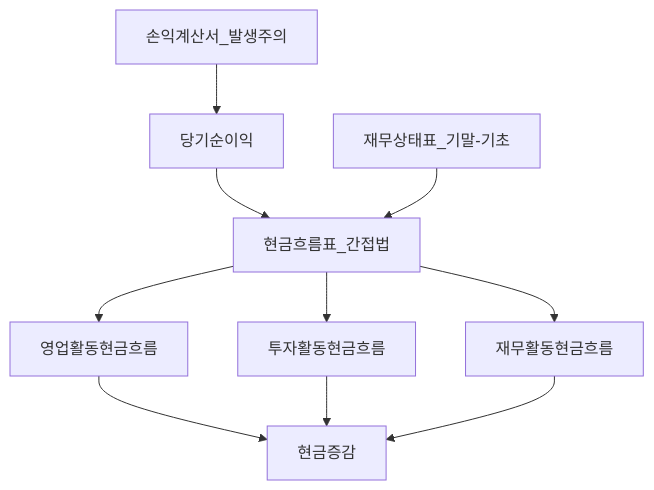
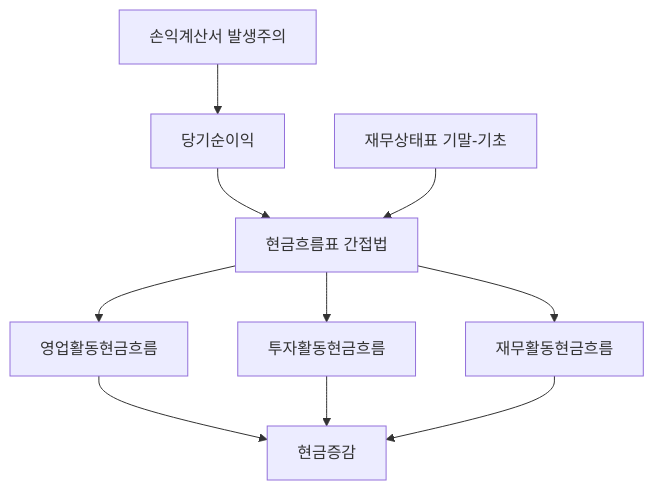
The first of 3 diagrams in 01-foundations/cash-flow-statement-fcf.md (goldanghenry/Finances), drawn with Mermaid before and after one commit. The commit also changed other lines of this file and 211 other files, not shown here.

````diff
--- a/01-foundations/cash-flow-statement-fcf.md
+++ b/01-foundations/cash-flow-statement-fcf.md
@@ -132,12 +140,12 @@
 ```mermaid
 flowchart TD
-  IS[손익계산서_발생주의] --> NI[당기순이익]
-  NI --> CFS[현금흐름표_간접법]
-  BS[재무상태표_기말-기초] --> CFS
+  IS["손익계산서 발생주의"] --> NI[당기순이익]
+  NI --> CFS["현금흐름표 간접법"]
+  BS["재무상태표 기말-기초"] --> CFS
   CFS --> OCF[영업활동현금흐름]
   CFS --> ICF[투자활동현금흐름]
   CFS --> FCFIN[재무활동현금흐름]
   OCF --> Cash[현금증감]
   ICF --> Cash
   FCFIN --> Cash
 ```
````
